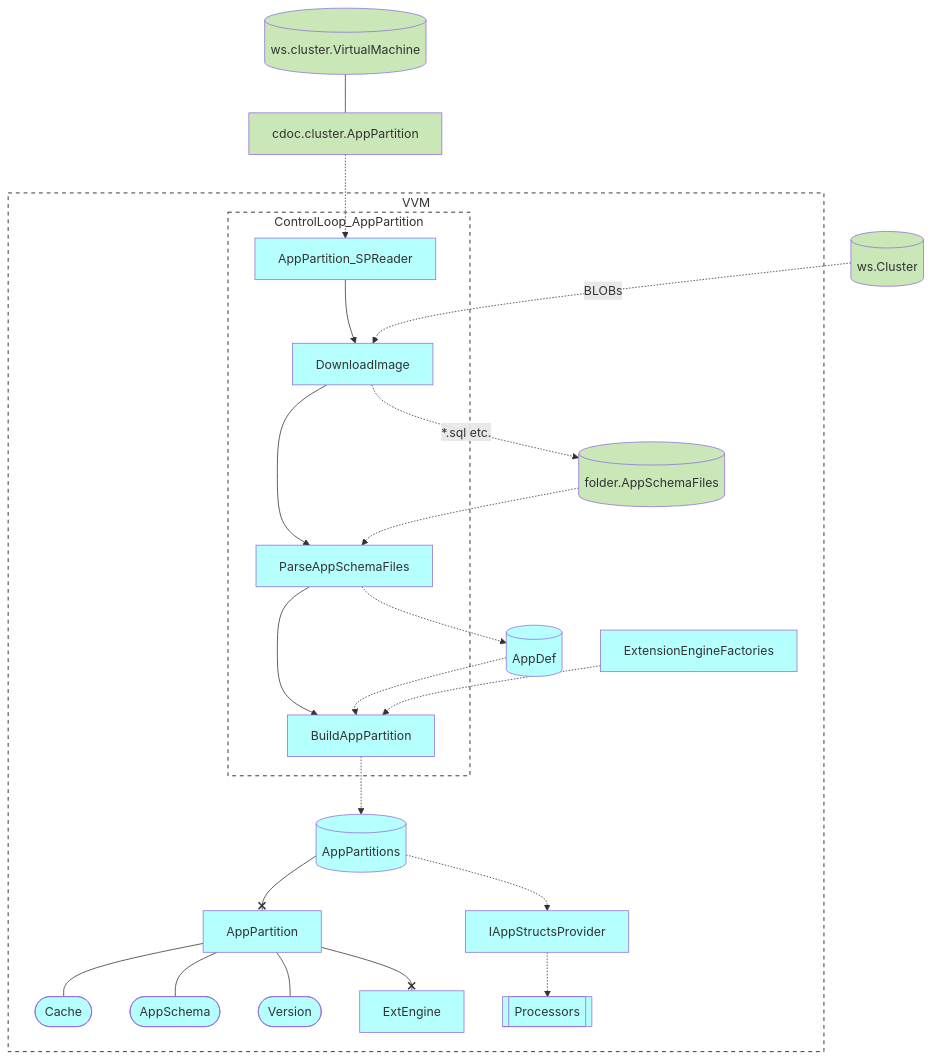
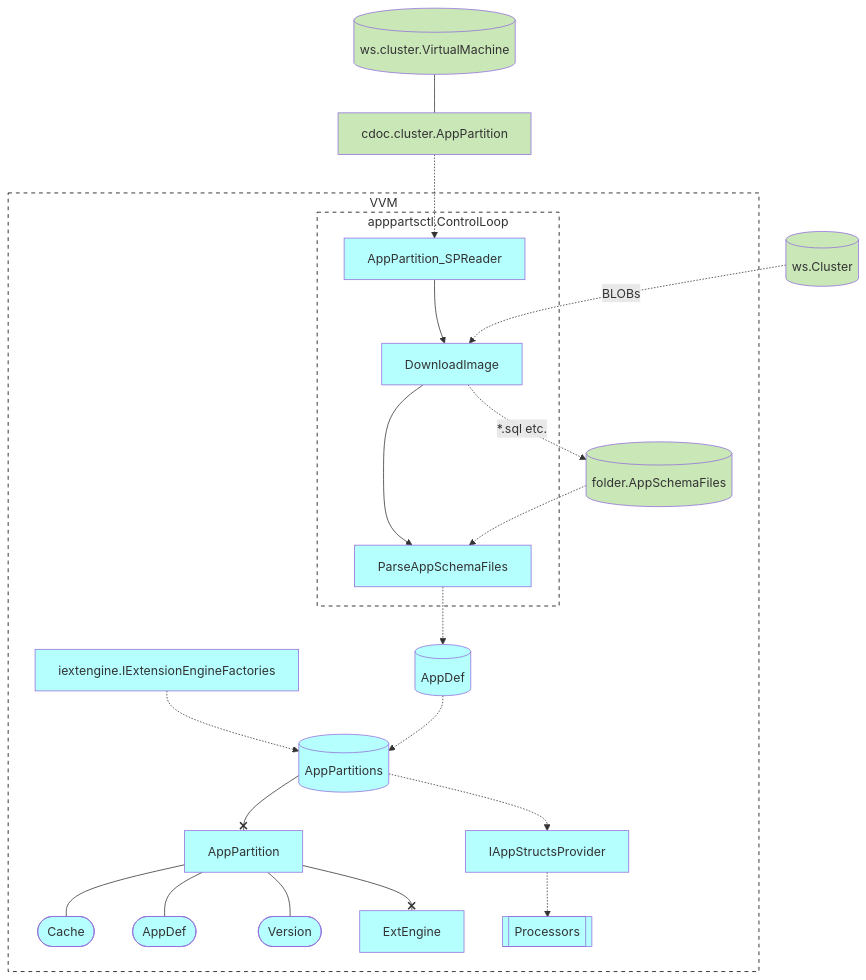
The third of 3 diagrams in design/vvm/README.md (voedger/voedger), drawn with Mermaid before and after one commit. The commit also changed other lines of this file and 189 other files, not shown here.

````diff
--- a/design/vvm/README.md
+++ b/design/vvm/README.md
@@ -79,67 +79,64 @@
 ```mermaid
 flowchart TD
 
   %% Entities =================================
 
   ws.cluster.VirtualMachine[(ws.cluster.VirtualMachine)]:::H
   ws.Cluster[(ws.Cluster)]:::H
   cdoc.cluster.AppPartition:::H
 
   VVM:::G
   subgraph VVM
     ControlLoop_AppPartition:::G
-    subgraph ControlLoop_AppPartition
+    subgraph ControlLoop_AppPartition["apppartsctl.ControlLoop"]
       AppPartition_SPReader:::S
       DownloadImage:::S
       ParseAppSchemaFiles:::S
-      BuildAppPartition:::S
       DownloadImage --> ParseAppSchemaFiles
-      ParseAppSchemaFiles --> BuildAppPartition     
     end
     AppSchemaFiles[(folder.AppSchemaFiles)]:::H
     AppDef[(AppDef)]:::S
     AppPartitions[(AppPartitions)]:::S
     AppPartition:::S
       Cache([Cache]):::S
-      AppSchema([AppSchema]):::S
+      AppSchema(["AppDef"]):::S
       Version([Version]):::S
     ExtEngine:::S
       
     IAppStructsProvider:::S
     Processors[[Processors]]:::S
 
 
-    ExtensionEngineFactories:::S
+    ExtensionEngineFactories["iextengine.IExtensionEngineFactories"]:::S
 
   end
 
 
   %% Relations =================================
 
   ws.cluster.VirtualMachine --- cdoc.cluster.AppPartition
   cdoc.cluster.AppPartition -.-> AppPartition_SPReader
   AppPartition_SPReader --> DownloadImage
 
   ws.Cluster -.-> |BLOBs| DownloadImage
   DownloadImage -.-> |*.sql etc.| AppSchemaFiles
   AppSchemaFiles -.-> ParseAppSchemaFiles
   ParseAppSchemaFiles -.-> AppDef
-  AppDef -.-> BuildAppPartition
-  ExtensionEngineFactories -.-> BuildAppPartition
-  BuildAppPartition -.-> AppPartitions
 
   AppPartitions --x AppPartition
   AppPartition --- Cache
   AppPartition --- AppSchema
   AppPartition --- Version
   AppPartition --x ExtEngine
 
   AppPartitions -.-> IAppStructsProvider
   IAppStructsProvider -.-> Processors
+  ExtensionEngineFactories -.-> AppPartitions
+  AppDef -.-> AppPartitions
   
 
   classDef G fill:#FFFFFF,stroke:#000000, stroke-width:1px, stroke-dasharray: 5 5
   classDef B fill:#FFFFB5,color:#333
   classDef S fill:#B5FFFF
   classDef H fill:#C9E7B7
 ```
````
